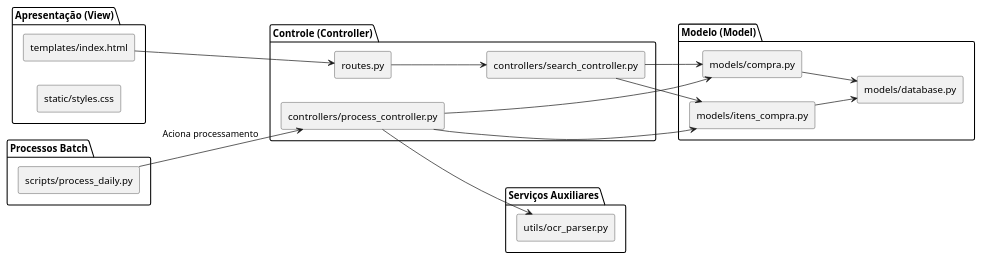
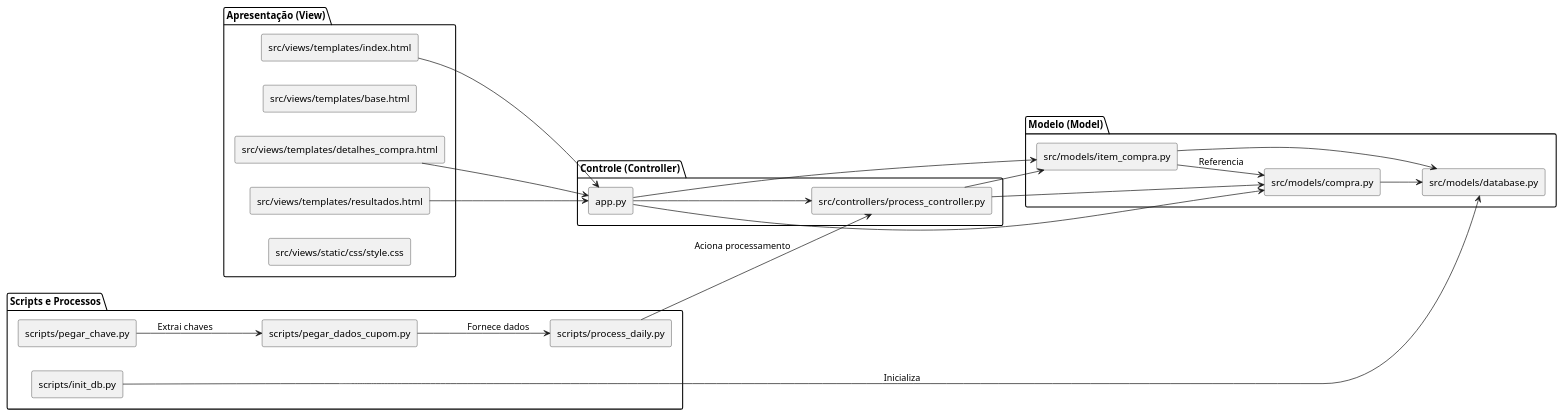
The diagram in docs/diagrama_mvc.plantuml (brunoropacheco/Historico_Mercado), drawn with PlantUML before and after one commit. The commit also changed 7 other files, not shown here.

Commit message:
atualizando documentacao atualizando estrutura mvc no plantuml atualizando fluxograma deletando arquivos nao utilizados atualizando readme

```diff
--- a/docs/diagrama_mvc.plantuml
+++ b/docs/diagrama_mvc.plantuml
@@ -1,43 +1,53 @@
 @startuml diagrama_mvc
 skinparam componentStyle rectangle
 left to right direction
 
 package "Apresentação (View)" {
-  [templates/index.html]
-  [static/styles.css]
+  [src/views/templates/index.html]
+  [src/views/templates/base.html]
+  [src/views/templates/detalhes_compra.html]
+  [src/views/templates/resultados.html]
+  [src/views/static/css/style.css]
 }
 
 package "Controle (Controller)" {
-  [routes.py]
-  [controllers/process_controller.py]
-  [controllers/search_controller.py]
+  [app.py]
+  [src/controllers/process_controller.py]
 }
 
 package "Modelo (Model)" {
-  [models/database.py]
-  [models/compra.py]
-  [models/itens_compra.py]
+  [src/models/database.py]
+  [src/models/compra.py]
+  [src/models/item_compra.py]
 }
 
-package "Serviços Auxiliares" {
-  [utils/ocr_parser.py]
-}
-
-package "Processos Batch" {
+package "Scripts e Processos" {
+  [scripts/init_db.py]
   [scripts/process_daily.py]
+  [scripts/pegar_dados_cupom.py]
+  [scripts/pegar_chave.py]
 }
 
 ' Fluxos
-[templates/index.html] --> [routes.py] 
-[routes.py] --> [controllers/search_controller.py]
+[src/views/templates/index.html] --> [app.py]
+[src/views/templates/detalhes_compra.html] --> [app.py]
+[src/views/templates/resultados.html] --> [app.py]
 
-[scripts/process_daily.py] --> [controllers/process_controller.py] : Aciona processamento
+[app.py] --> [src/controllers/process_controller.py]
 
-[controllers/process_controller.py] --> [utils/ocr_parser.py]
-[controllers/process_controller.py] --> [models/compra.py]
-[controllers/process_controller.py] --> [models/itens_compra.py]
-[controllers/search_controller.py] --> [models/compra.py]
-[controllers/search_controller.py] --> [models/itens_compra.py]
-[models/compra.py] --> [models/database.py]
-[models/itens_compra.py] --> [models/database.py]
+[scripts/process_daily.py] --> [src/controllers/process_controller.py] : Aciona processamento
+[scripts/pegar_dados_cupom.py] --> [scripts/process_daily.py] : Fornece dados
+[scripts/pegar_chave.py] --> [scripts/pegar_dados_cupom.py] : Extrai chaves
+
+[src/controllers/process_controller.py] --> [src/models/compra.py]
+[src/controllers/process_controller.py] --> [src/models/item_compra.py]
+[app.py] --> [src/models/compra.py]
+[app.py] --> [src/models/item_compra.py]
+
+[src/models/compra.py] --> [src/models/database.py]
+[src/models/item_compra.py] --> [src/models/database.py]
+[scripts/init_db.py] --> [src/models/database.py] : Inicializa
+
+' Relação entre models
+[src/models/item_compra.py] --> [src/models/compra.py] : Referencia
 @enduml
```
